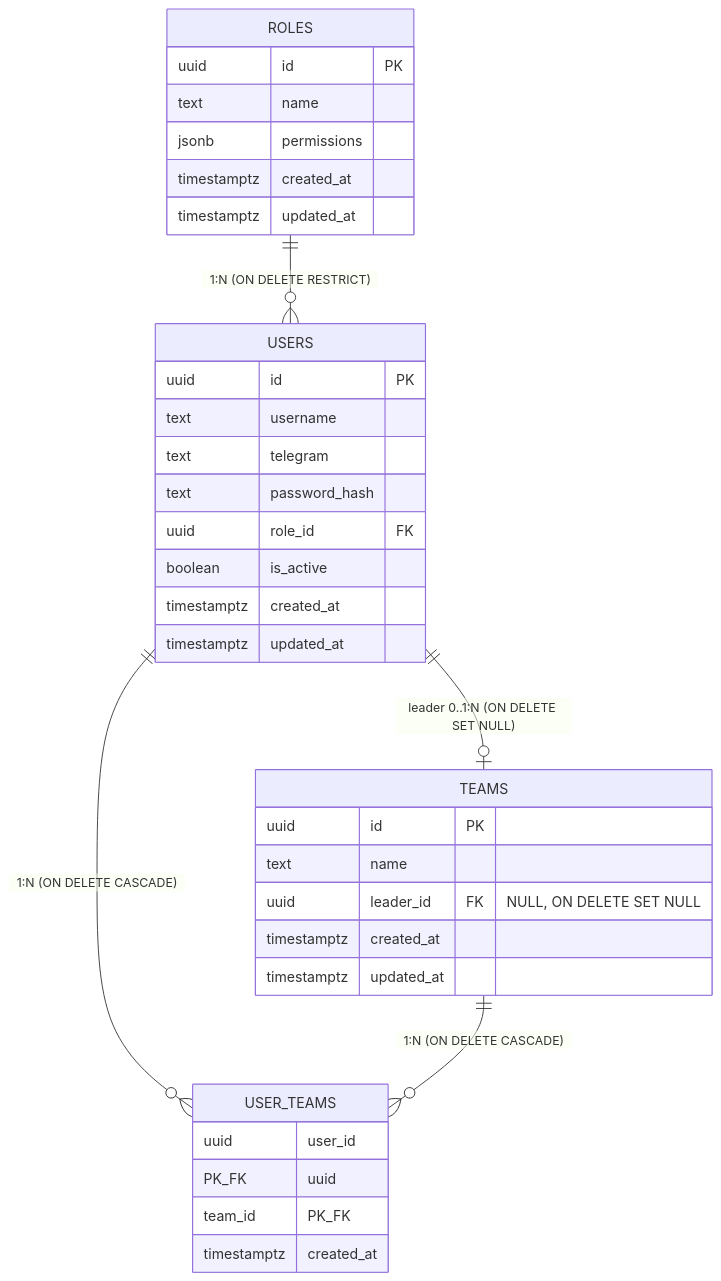
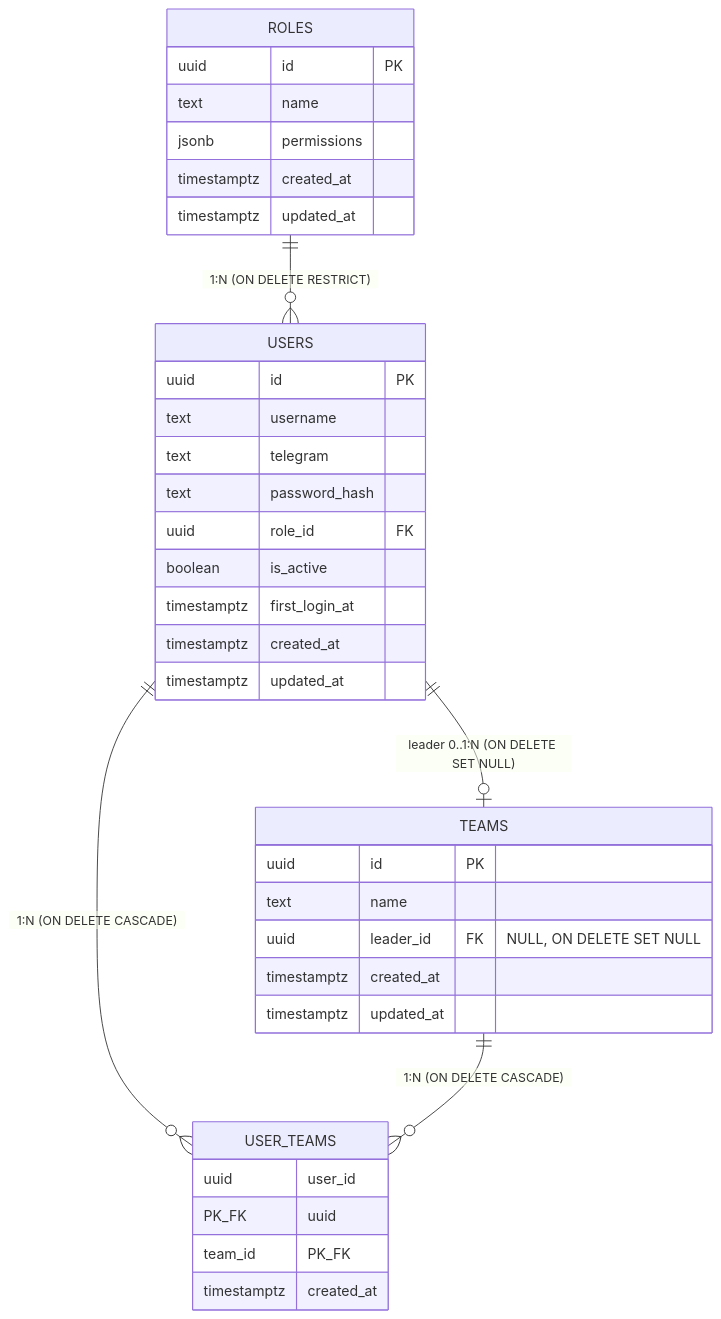
One commit to eliseiv/broad-crm changed the sixth of 6 diagrams in docs/03-data-model.md. Above: the diagram before and after it, drawn with Mermaid. The commit also changed other lines of this file and 56 other files, not shown here.

First line of the commit message:
feat: proxy grace-алерт + тристатус входа + login-flow/UI-полировка (ADR-027..029)

````diff
--- a/docs/03-data-model.md
+++ b/docs/03-data-model.md
@@ -440,36 +450,37 @@
 ```mermaid
 erDiagram
     ROLES {
         uuid id PK
         text name
         jsonb permissions
         timestamptz created_at
         timestamptz updated_at
     }
     USERS {
         uuid id PK
         text username
         text telegram
         text password_hash
         uuid role_id FK
         boolean is_active
+        timestamptz first_login_at
         timestamptz created_at
         timestamptz updated_at
     }
     TEAMS {
         uuid id PK
         text name
         uuid leader_id FK "NULL, ON DELETE SET NULL"
         timestamptz created_at
         timestamptz updated_at
     }
     USER_TEAMS {
         uuid user_id PK_FK
         uuid team_id PK_FK
         timestamptz created_at
     }
     ROLES ||--o{ USERS : "1:N (ON DELETE RESTRICT)"
     USERS ||--o| TEAMS : "leader 0..1:N (ON DELETE SET NULL)"
     USERS ||--o{ USER_TEAMS : "1:N (ON DELETE CASCADE)"
     TEAMS ||--o{ USER_TEAMS : "1:N (ON DELETE CASCADE)"
 ```
````
